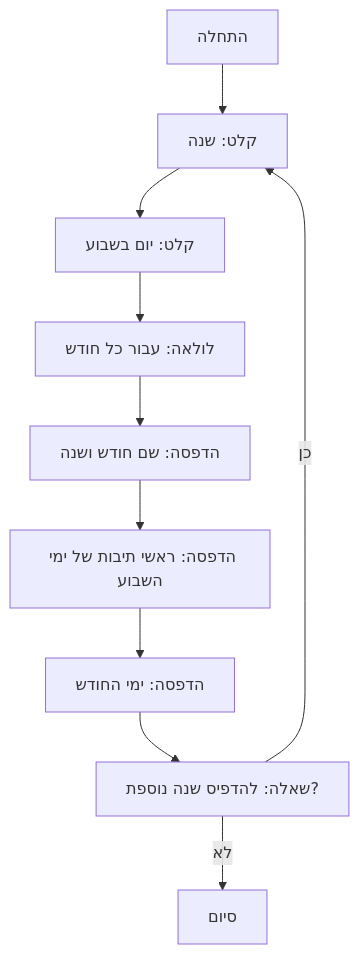
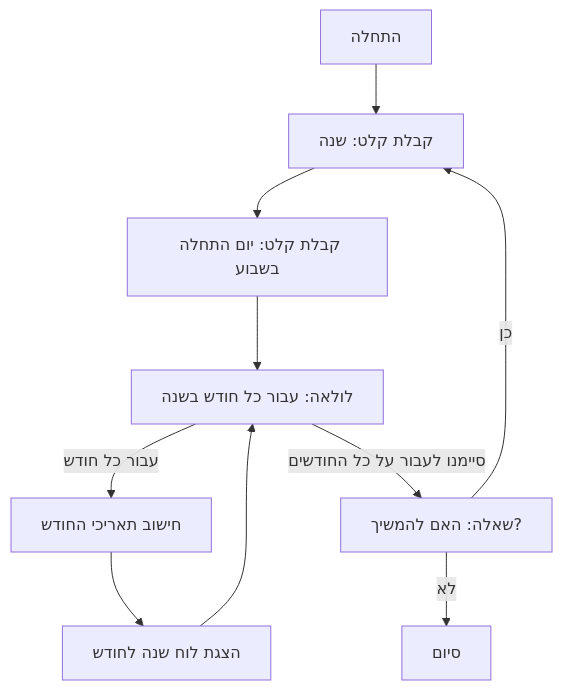
The diagram in docs/gemini/he/explainer/src/endpoints/ai_games/101_basic_computer_games/ru/rules/24_calndr.ru.md.md (hypo69/hypo), drawn with Mermaid before and after one commit. The commit also changed other lines of this file and 885 other files, not shown here.

````diff
--- a/docs/gemini/he/explainer/src/endpoints/ai_games/101_basic_computer_games/ru/rules/24_calndr.ru.md.md
+++ b/docs/gemini/he/explainer/src/endpoints/ai_games/101_basic_computer_games/ru/rules/24_calndr.ru.md.md
@@ -36,12 +29,12 @@
 ```mermaid
 flowchart TD
-    Start[התחלה] --> InputYear[קלט: שנה];
-    InputYear --> InputDay[קלט: יום בשבוע];
-    InputDay --> LoopMonths[לולאה: עבור כל חודש];
-    LoopMonths --> PrintMonth[הדפסה: שם חודש ושנה];
-    PrintMonth --> PrintDaysOfWeek[הדפסה: ראשי תיבות של ימי השבוע];
-    PrintDaysOfWeek --> PrintDaysOfMonth[הדפסה: ימי החודש];
-    PrintDaysOfMonth --> CheckContinue[שאלה: להדפיס שנה נוספת?];
-     CheckContinue -- כן --> InputYear;
-     CheckContinue -- לא --> End[סיום];
+    Start[התחלה] --> InputYear[קבלת קלט: שנה];
+    InputYear --> InputStartDay[קבלת קלט: יום התחלה בשבוע];
+    InputStartDay --> LoopMonths[לולאה: עבור כל חודש בשנה];
+    LoopMonths -- עבור כל חודש --> CalcMonthDates[חישוב תאריכי החודש];
+    CalcMonthDates --> DisplayCalendar[הצגת לוח שנה לחודש];
+    DisplayCalendar --> LoopMonths;
+    LoopMonths --סיימנו לעבור על כל החודשים--> AskContinue[שאלה: האם להמשיך?];
+    AskContinue -- כן --> InputYear;
+    AskContinue -- לא --> End[סיום];
 ```
````
